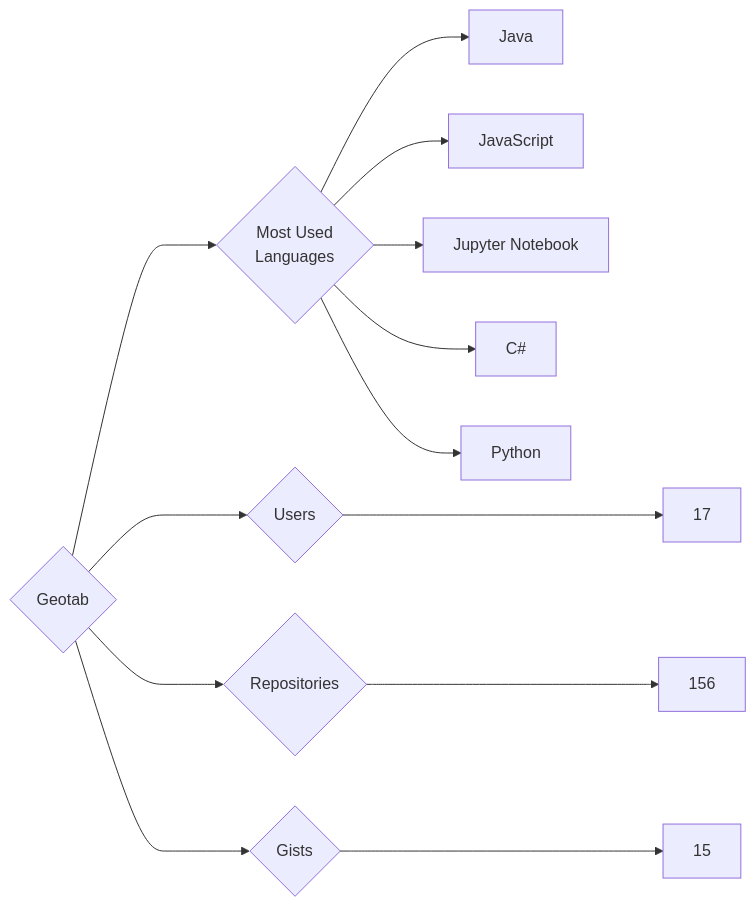
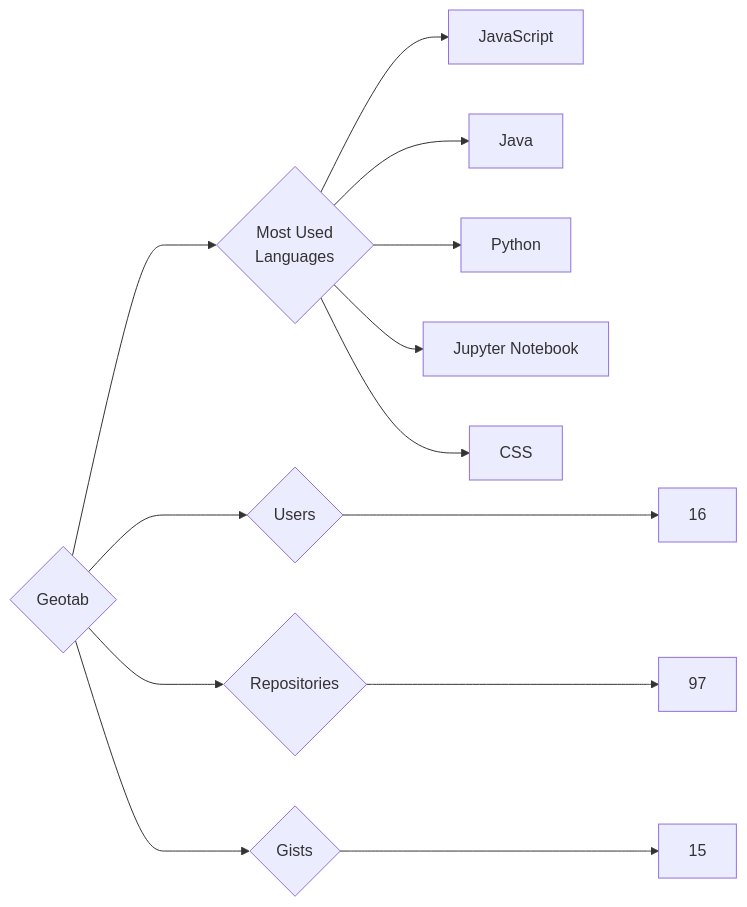
Before and after one commit to trickest/insiders: the diagram in targets/Geotab/README.md, drawn with Mermaid. The commit also changed 1084 other files, not shown here.

````diff
--- a/targets/Geotab/README.md
+++ b/targets/Geotab/README.md
@@ -3,13 +3,13 @@
 ```mermaid
 graph LR
 COMPANY_NAME{Geotab}
-COMPANY_NAME ---> U{Users} ---> UN[17]
-COMPANY_NAME ---> R{Repositories} ---> RN[156]
+COMPANY_NAME ---> U{Users} ---> UN[16]
+COMPANY_NAME ---> R{Repositories} ---> RN[97]
 COMPANY_NAME ---> G{Gists} ---> GN[15]
 COMPANY_NAME ---> ML{Most Used<br>Languages}
+ML --> JavaScript[JavaScript]
 ML --> Java[Java]
-ML --> JavaScript[JavaScript]
+ML --> Python[Python]
 ML --> Jupyter_Notebook[Jupyter Notebook]
-ML --> C#[C#]
-ML --> Python[Python]
+ML --> CSS[CSS]
 ```
````
